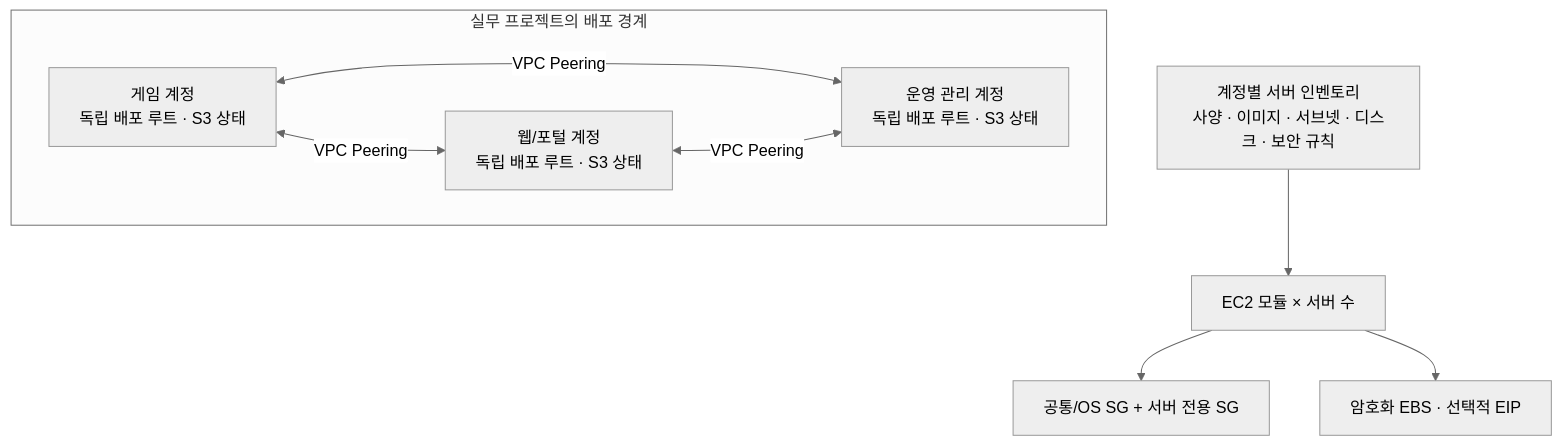
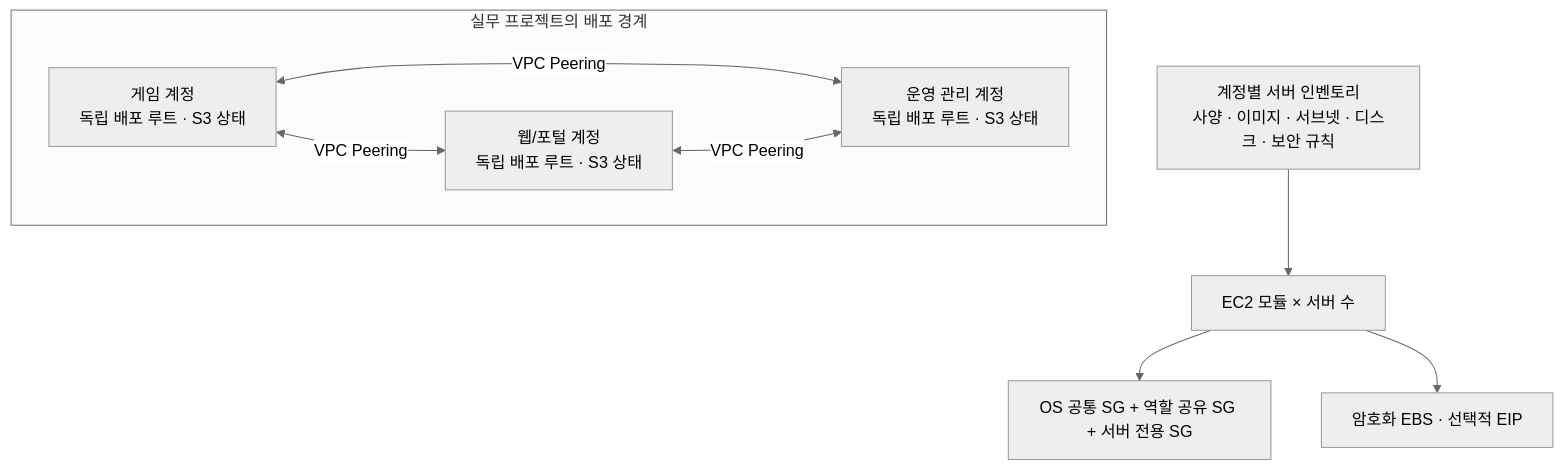
Before and after one commit to orumpark94/new_game_project: the fourth of 4 diagrams in README.md, drawn with Mermaid (neutral theme). The commit also changed other lines of this file, not shown here.

````diff
--- a/README.md
+++ b/README.md
@@ -63,15 +159,15 @@
 ```mermaid
 flowchart TB
     subgraph Original["실무 프로젝트의 배포 경계"]
-        Game["게임 계정<br/>독립 배포 루트 · S3 상태"]
+        GameAcc["게임 계정<br/>독립 배포 루트 · S3 상태"]
         Portal["웹/포털 계정<br/>독립 배포 루트 · S3 상태"]
         Ops["운영 관리 계정<br/>독립 배포 루트 · S3 상태"]
-        Game <-->|VPC Peering| Portal
-        Game <-->|VPC Peering| Ops
+        GameAcc <-->|VPC Peering| Portal
+        GameAcc <-->|VPC Peering| Ops
         Portal <-->|VPC Peering| Ops
     end
     Inventory["계정별 서버 인벤토리<br/>사양 · 이미지 · 서브넷 · 디스크 · 보안 규칙"]
     Inventory --> EC2["EC2 모듈 × 서버 수"]
-    EC2 --> SG["공통/OS SG + 서버 전용 SG"]
+    EC2 --> SG["OS 공통 SG + 역할 공유 SG + 서버 전용 SG"]
     EC2 --> Storage["암호화 EBS · 선택적 EIP"]
 ```
````
